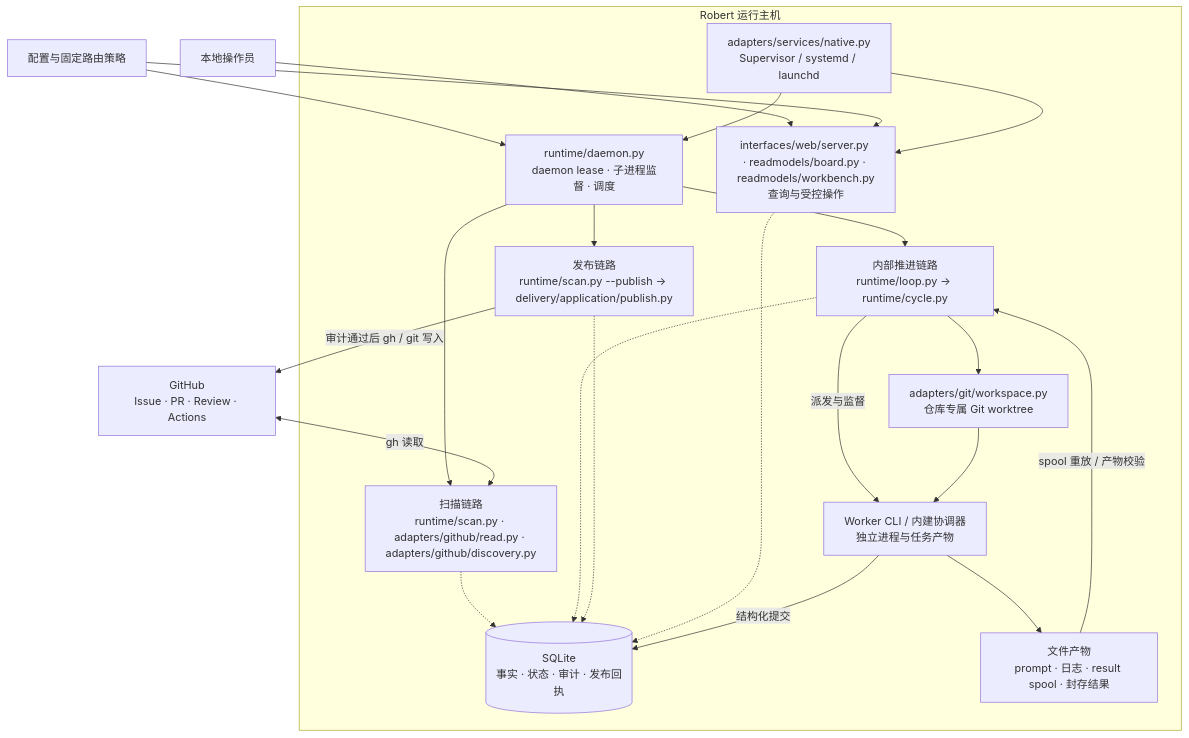
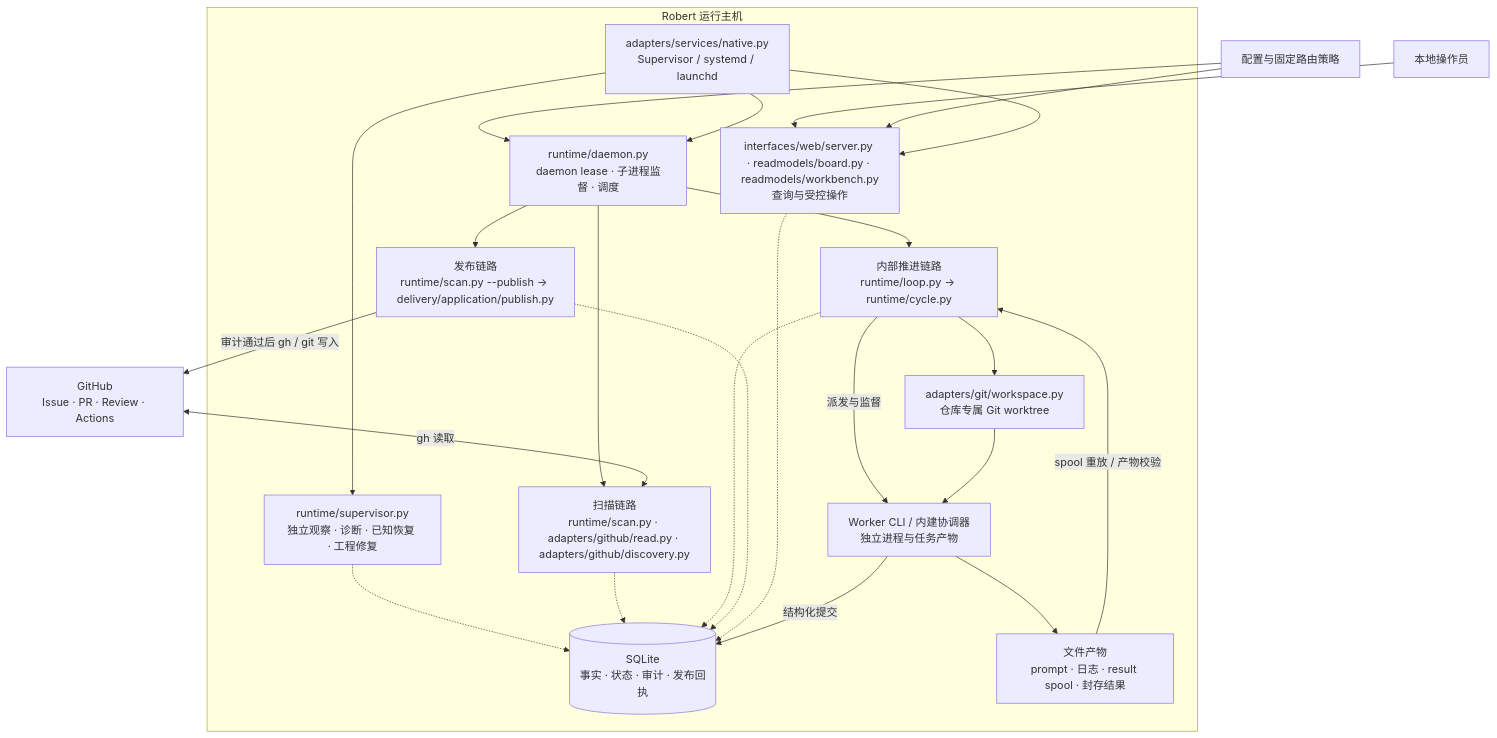
The first of 11 diagrams in docs/architecture.md (wklken/Robert), drawn with Mermaid before and after one commit. The commit also changed other lines of this file and 40 other files, not shown here.

````diff
--- a/docs/architecture.md
+++ b/docs/architecture.md
@@ -89,38 +89,41 @@
 ```mermaid
 flowchart TB
     GitHub["GitHub<br/>Issue · PR · Review · Actions"]
     Human["本地操作员"]
     Config["配置与固定路由策略"]
     subgraph Host["Robert 运行主机"]
         Service["adapters/services/native.py<br/>Supervisor / systemd / launchd"]
         Daemon["runtime/daemon.py<br/>daemon lease · 子进程监督 · 调度"]
         Scan["扫描链路<br/>runtime/scan.py · adapters/github/read.py · adapters/github/discovery.py"]
         Local["内部推进链路<br/>runtime/loop.py → runtime/cycle.py"]
         Publisher["发布链路<br/>runtime/scan.py --publish → delivery/application/publish.py"]
+        Supervisor["runtime/supervisor.py<br/>独立观察 · 诊断 · 已知恢复 · 工程修复"]
         UI["interfaces/web/server.py · readmodels/board.py · readmodels/workbench.py<br/>查询与受控操作"]
         Worker["Worker CLI / 内建协调器<br/>独立进程与任务产物"]
         Workspace["adapters/git/workspace.py<br/>仓库专属 Git worktree"]
         DB[("SQLite<br/>事实 · 状态 · 审计 · 发布回执")]
         Files["文件产物<br/>prompt · 日志 · result spool · 封存结果"]
     end
     Human --> UI
     Config --> Daemon
     Config --> UI
     Service --> Daemon
     Service --> UI
+    Service --> Supervisor
+    Supervisor -.-> DB
     Daemon --> Scan
     Daemon --> Local
     Daemon --> Publisher
     GitHub <-->|"gh 读取"| Scan
     Publisher -->|"审计通过后 gh / git 写入"| GitHub
     Local --> Workspace
     Local -->|"派发与监督"| Worker
     Workspace --> Worker
     Scan -.-> DB
     Local -.-> DB
     Publisher -.-> DB
     UI -.-> DB
     Worker -->|"结构化提交"| DB
     Worker --> Files
     Files -->|"spool 重放 / 产物校验"| Local
 ```
````
